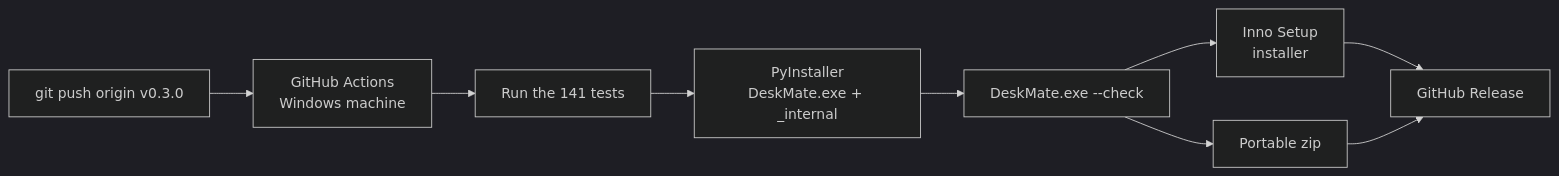
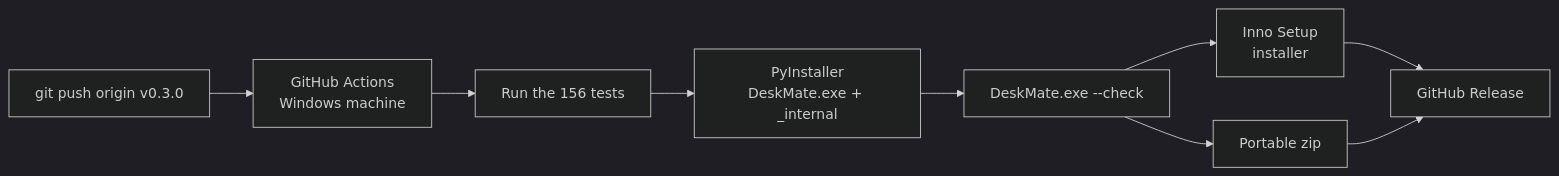
One commit to MuizKmz/deskmate changed the third of 3 diagrams in TUTORIAL.md. Above: the diagram before and after it, drawn with Mermaid (dark theme). The commit also changed other lines of this file and 27 other files, not shown here.

````diff
--- a/TUTORIAL.md
+++ b/TUTORIAL.md
@@ -529,11 +559,11 @@
 ```mermaid
 flowchart LR
     T["git push origin v0.3.0"] --> GA[GitHub Actions<br/>Windows machine]
-    GA --> TS[Run the 141 tests]
+    GA --> TS[Run the 156 tests]
     TS --> PI["PyInstaller<br/>DeskMate.exe + _internal"]
     PI --> CK["DeskMate.exe --check"]
     CK --> IS[Inno Setup<br/>installer]
     CK --> ZIP[Portable zip]
     IS --> R[GitHub Release]
     ZIP --> R
 ```
````
